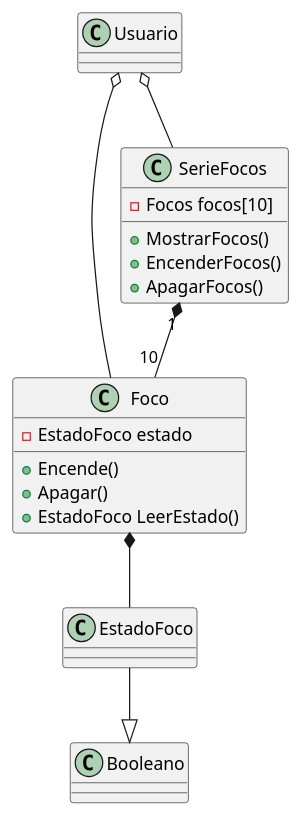
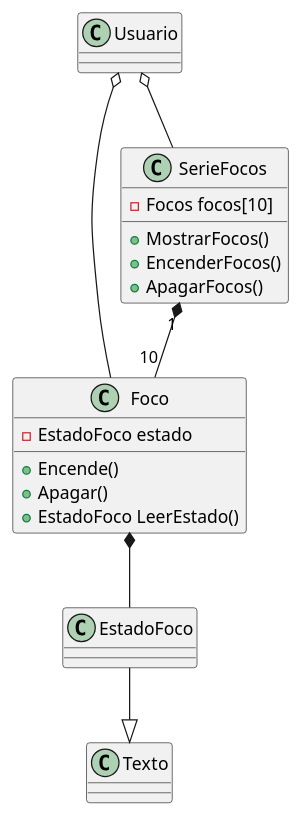
Before and after one commit to Emiliano04z/3E261-SegundoParcial: the diagram in docs/foco.puml, drawn with PlantUML. The commit also changed 3 other files, not shown here.

```diff
--- a/docs/foco.puml
+++ b/docs/foco.puml
@@ -1,27 +1,27 @@
 @startuml foco
 
 class Usuario
 
 class Foco{
 - EstadoFoco estado
 + Encende()
 + Apagar()
 +EstadoFoco LeerEstado()
 
 }
 
 class EstadoFoco
 class SerieFocos{
     - Focos focos[10]
     + MostrarFocos()
     + EncenderFocos()
     + ApagarFocos()
 }
 
 Usuario o-- Foco
 Foco *-- EstadoFoco
-EstadoFoco --|> Booleano
+EstadoFoco --|> Texto
 SerieFocos "1" *-- "10" Foco
 Usuario o-- SerieFocos
 
 @enduml
```
